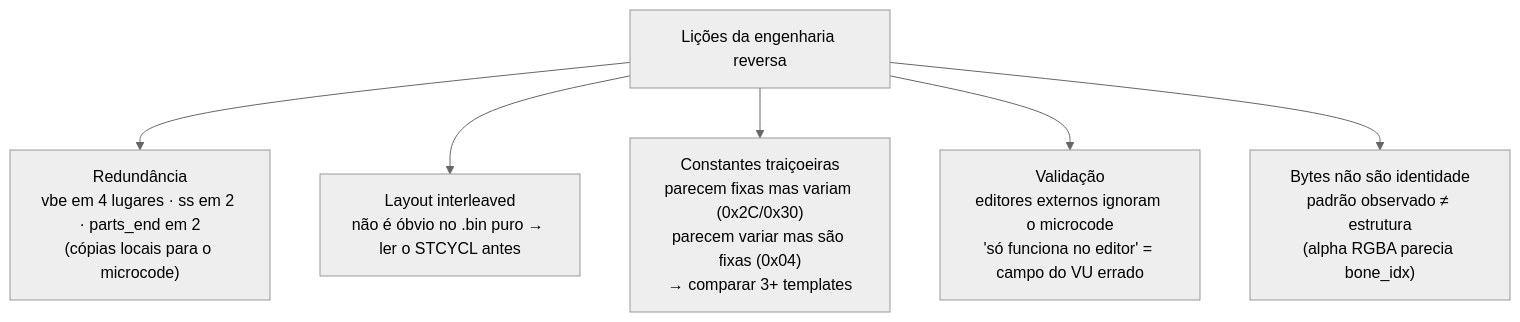
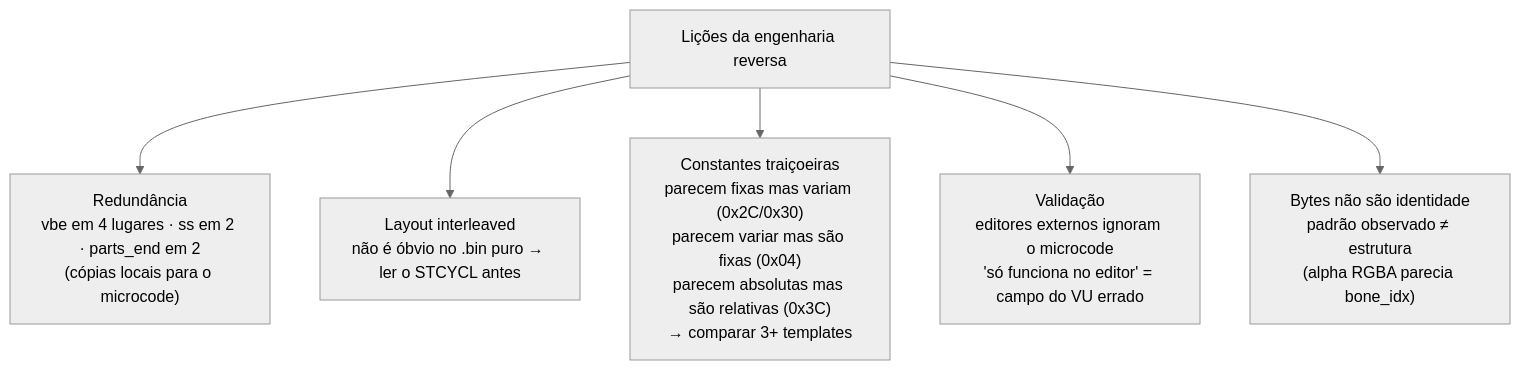
Before and after one commit to FVitor7/wepes3d: the second of 2 diagrams in docs/06-bugs-historicos.md, drawn with Mermaid (neutral theme). The commit also changed other lines of this file and 18 other files, not shown here.

````diff
--- a/docs/06-bugs-historicos.md
+++ b/docs/06-bugs-historicos.md
@@ -151,9 +205,9 @@
 ```mermaid
 flowchart TB
     R["Lições da engenharia reversa"]
     R --> L1["Redundância<br/>vbe em 4 lugares · ss em 2 · parts_end em 2<br/>(cópias locais para o microcode)"]
     R --> L2["Layout interleaved<br/>não é óbvio no .bin puro → ler o STCYCL antes"]
-    R --> L3["Constantes traiçoeiras<br/>parecem fixas mas variam (0x2C/0x30)<br/>parecem variar mas são fixas (0x04)<br/>→ comparar 3+ templates"]
+    R --> L3["Constantes traiçoeiras<br/>parecem fixas mas variam (0x2C/0x30)<br/>parecem variar mas são fixas (0x04)<br/>parecem absolutas mas são relativas (0x3C)<br/>→ comparar 3+ templates"]
     R --> L4["Validação<br/>editores externos ignoram o microcode<br/>'só funciona no editor' = campo do VU errado"]
     R --> L5["Bytes não são identidade<br/>padrão observado ≠ estrutura<br/>(alpha RGBA parecia bone_idx)"]
 ```
````
